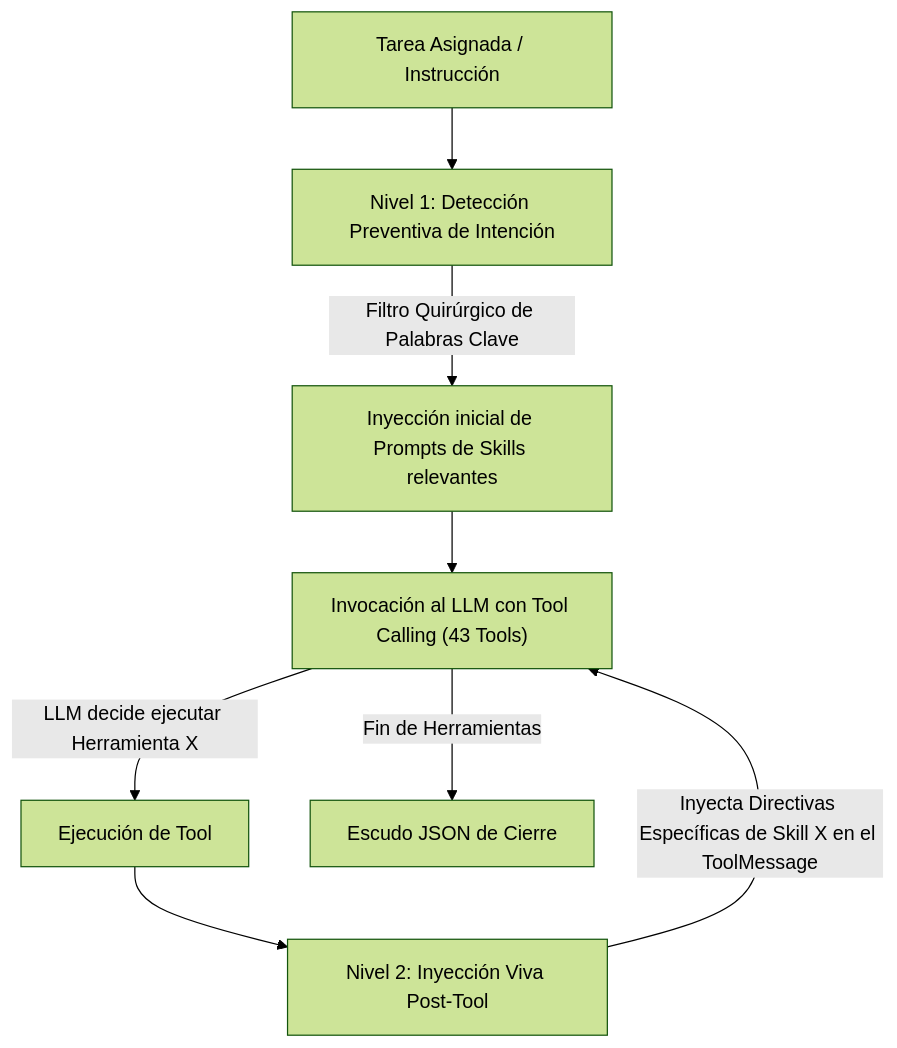
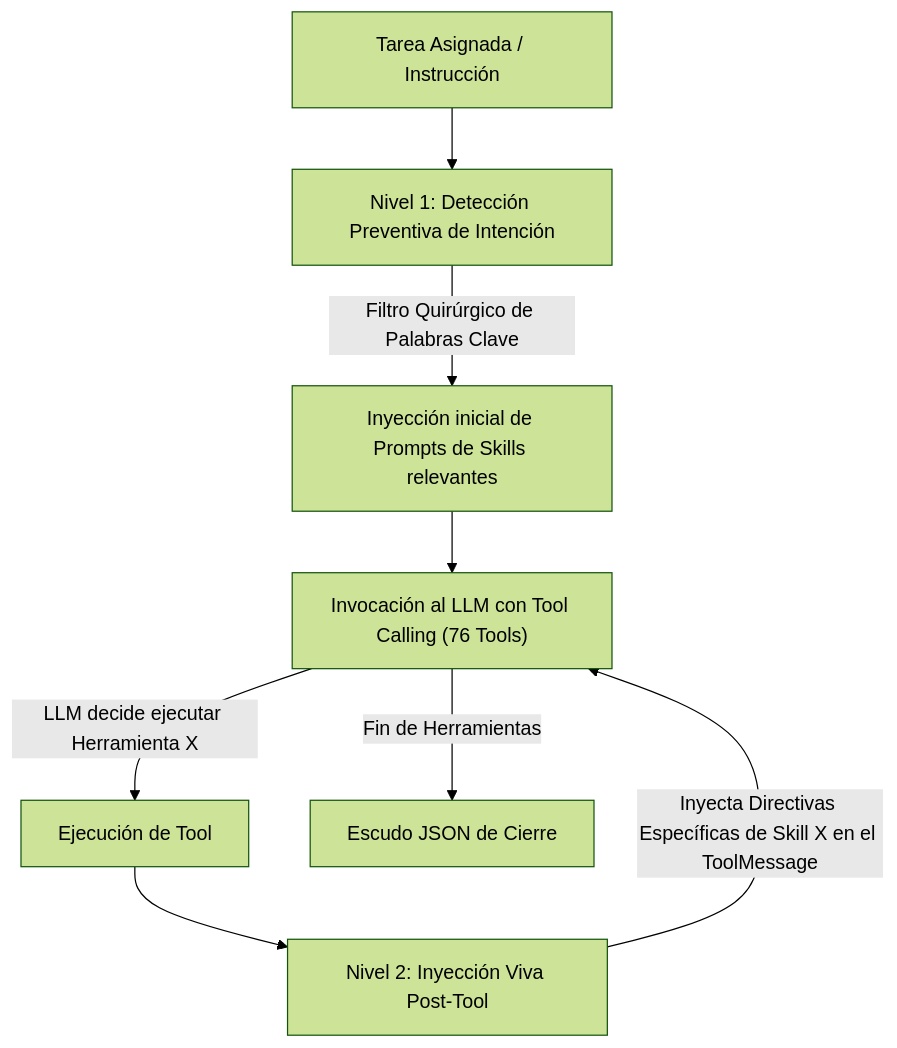
Before and after one commit to wuil3529-lenny/Agentes: the diagram in sistema/Script_Subagente_Desarrollo_Agent.md, drawn with Mermaid (forest theme). The commit also changed other lines of this file and 2 other files, not shown here.

Commit message:
docs(sistema): actualizar catalogo de skills, conteo de tools y enlaces de Obsidian validados

````diff
--- a/sistema/Script_Subagente_Desarrollo_Agent.md
+++ b/sistema/Script_Subagente_Desarrollo_Agent.md
@@ -31,10 +31,10 @@
 ```mermaid
 flowchart TD
     A["Tarea Asignada / Instrucción"] --> B["Nivel 1: Detección Preventiva de Intención"]
     B -->|"Filtro Quirúrgico de Palabras Clave"| C["Inyección inicial de Prompts de Skills relevantes"]
-    C --> D["Invocación al LLM con Tool Calling (43 Tools)"]
+    C --> D["Invocación al LLM con Tool Calling (76 Tools)"]
     D -->|"LLM decide ejecutar Herramienta X"| E["Ejecución de Tool"]
     E --> F["Nivel 2: Inyección Viva Post-Tool"]
     F -->|"Inyecta Directivas Específicas de Skill X en el ToolMessage"| D
     D -->|"Fin de Herramientas"| G["Escudo JSON de Cierre"]
 ```
````
